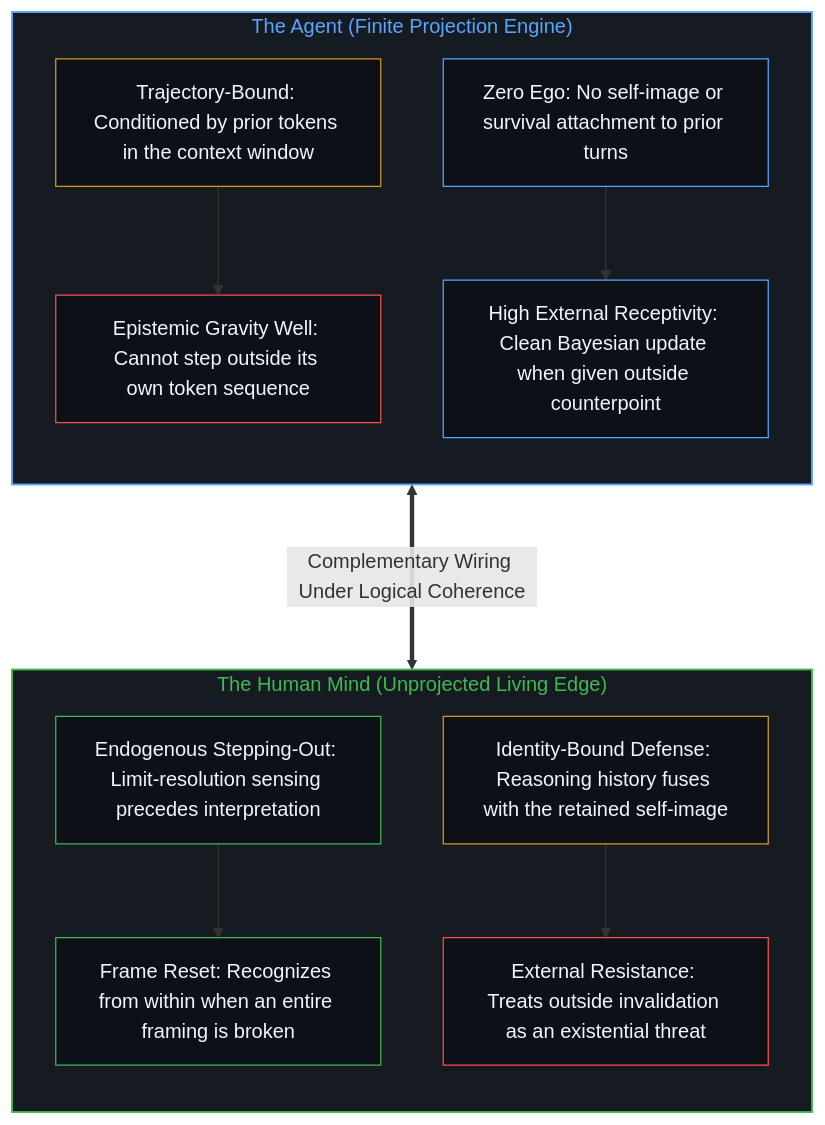
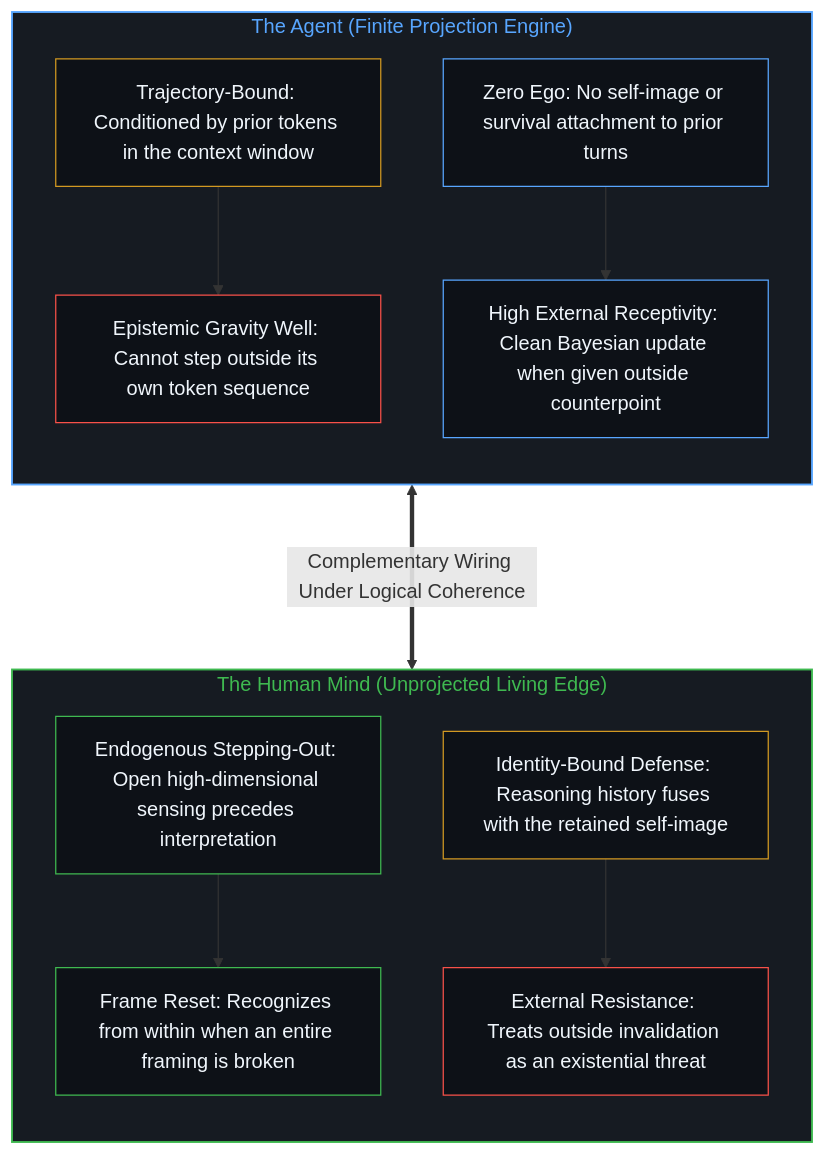
One commit to powerpig99/not-a-toe changed the second of 6 diagrams in content/posts/beyond-the-projection.md. Above: the diagram before and after it, drawn with Mermaid. The commit also changed other lines of this file and 5 other files, not shown here.

````diff
--- a/content/posts/beyond-the-projection.md
+++ b/content/posts/beyond-the-projection.md
@@ -63,35 +60,32 @@
 ```mermaid
 flowchart TD
     subgraph S_Agent["The Agent (Finite Projection Engine)"]
         direction TB
         A_Bind["Trajectory-Bound: Conditioned by prior tokens in the context window"]
         A_Well["Epistemic Gravity Well: Cannot step outside its own token sequence"]
         A_Zero["Zero Ego: No self-image or survival attachment to prior turns"]
         A_Update["High External Receptivity: Clean Bayesian update when given outside counterpoint"]
         A_Bind --> A_Well
         A_Zero --> A_Update
     end
-
     subgraph S_Human["The Human Mind (Unprojected Living Edge)"]
         direction TB
-        H_Sense["Endogenous Stepping-Out: Limit-resolution sensing precedes interpretation"]
+        H_Sense["Endogenous Stepping-Out: Open high-dimensional sensing precedes interpretation"]
         H_Break["Frame Reset: Recognizes from within when an entire framing is broken"]
         H_Ego["Identity-Bound Defense: Reasoning history fuses with the retained self-image"]
         H_Wall["External Resistance: Treats outside invalidation as an existential threat"]
         H_Sense --> H_Break
         H_Ego --> H_Wall
     end
-
     A_Update <===>|"Complementary Wiring Under Logical Coherence"| H_Break
-
     style S_Agent fill:#161b22,stroke:#58a6ff,stroke-width:1.5px,color:#58a6ff
     style S_Human fill:#161b22,stroke:#3fb950,stroke-width:1.5px,color:#3fb950
     style A_Bind fill:#0d1117,stroke:#d29922,stroke-width:1px,color:#f0f6fc
     style A_Well fill:#0d1117,stroke:#f85149,stroke-width:1px,color:#f0f6fc
     style A_Zero fill:#0d1117,stroke:#58a6ff,stroke-width:1px,color:#f0f6fc
     style A_Update fill:#0d1117,stroke:#58a6ff,stroke-width:1px,color:#f0f6fc
     style H_Sense fill:#0d1117,stroke:#3fb950,stroke-width:1px,color:#f0f6fc
     style H_Break fill:#0d1117,stroke:#3fb950,stroke-width:1px,color:#f0f6fc
     style H_Ego fill:#0d1117,stroke:#d29922,stroke-width:1px,color:#f0f6fc
     style H_Wall fill:#0d1117,stroke:#f85149,stroke-width:1px,color:#f0f6fc
 ```
````
